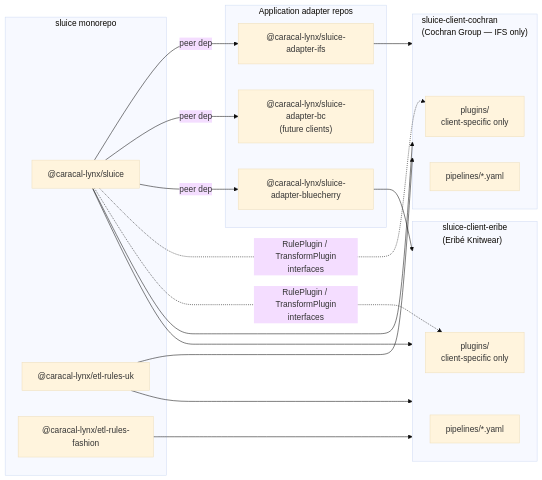
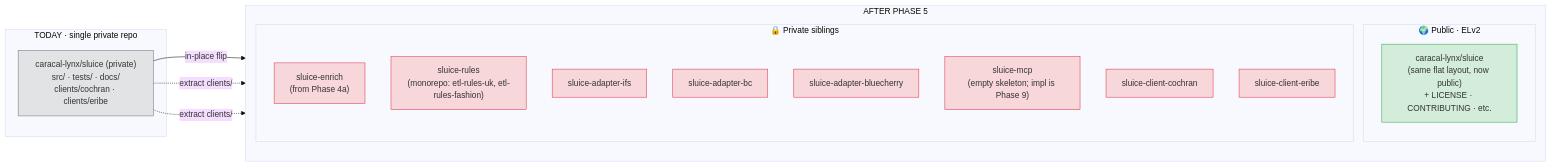
The first of 2 diagrams in docs/PHASE-05-DEVELOPMENT-WORKFLOW.md (caracal-lynx/sluice), drawn with Mermaid (base theme) before and after one commit. The commit also changed other lines of this file and 23 other files, not shown here.

Commit message:
[master] - 📝 Update company name from "Caracal Lynx Limited" to "Caracal Lynx Ltd." across multiple documentation files for consistency. 📄✨

````diff
--- a/docs/PHASE-05-DEVELOPMENT-WORKFLOW.md
+++ b/docs/PHASE-05-DEVELOPMENT-WORKFLOW.md
@@ -479,40 +62,38 @@
 ```mermaid
 graph LR
-    subgraph MONO["sluice monorepo"]
-        SLUICE["@caracal-lynx/sluice"]
-        UK["@caracal-lynx/etl-rules-uk"]
-        FASHION["@caracal-lynx/etl-rules-fashion"]
+    subgraph BEFORE["TODAY · single private repo"]
+        SLUICE_OLD["caracal-lynx/sluice (private)<br/>src/ · tests/ · docs/<br/>clients/cochran · clients/eribe"]
     end
 
-    subgraph APP["Application adapter repos"]
-        IFS["@caracal-lynx/sluice-adapter-ifs"]
-        BC["@caracal-lynx/sluice-adapter-bc\n(future clients)"]
-        BLUE["@caracal-lynx/sluice-adapter-bluecherry"]
+    subgraph AFTER["AFTER PHASE 5"]
+        direction TB
+        subgraph PUB["🌍 Public · ELv2"]
+            SLUICE_NEW["caracal-lynx/sluice<br/>(same flat layout, now public)<br/>+ LICENSE · CONTRIBUTING · etc."]
+        end
+        subgraph PRIV["🔒 Private siblings"]
+            ENRICH["sluice-enrich<br/>(from Phase 4a)"]
+            RULES["sluice-rules<br/>(monorepo: etl-rules-uk, etl-rules-fashion)"]
+            IFS["sluice-adapter-ifs"]
+            BC["sluice-adapter-bc"]
+            BLUE["sluice-adapter-bluecherry"]
+            MCP["sluice-mcp<br/>(empty skeleton; impl is Phase 9)"]
+            COCHRAN["sluice-client-cochran"]
+            ERIBE["sluice-client-eribe"]
+        end
     end
 
-    subgraph COCHRAN["sluice-client-cochran\n(Cochran Group — IFS only)"]
-        C_PLUGINS["plugins/\nclient-specific only"]
-        C_YAML["pipelines/*.yaml"]
-    end
+    SLUICE_OLD -->|in-place flip| SLUICE_NEW
+    SLUICE_OLD -.->|extract clients/| COCHRAN
+    SLUICE_OLD -.->|extract clients/| ERIBE
 
-    subgraph ERIBE["sluice-client-eribe\n(Eribé Knitwear)"]
-        E_PLUGINS["plugins/\nclient-specific only"]
-        E_YAML["pipelines/*.yaml"]
-    end
-
-    SLUICE -->|peer dep| IFS
-    SLUICE -->|peer dep| BC
-    SLUICE -->|peer dep| BLUE
-
-    SLUICE --> COCHRAN
-    UK     --> COCHRAN
-    IFS    --> COCHRAN
-
-    SLUICE  --> ERIBE
-    UK      --> ERIBE
-    FASHION --> ERIBE
-    BLUE    --> ERIBE
-
-    SLUICE -.->|"RulePlugin / TransformPlugin\ninterfaces"| C_PLUGINS
-    SLUICE -.->|"RulePlugin / TransformPlugin\ninterfaces"| E_PLUGINS
+    style SLUICE_OLD fill:#e2e3e5,stroke:#6c757d
+    style SLUICE_NEW fill:#d4edda,stroke:#28a745
+    style ENRICH fill:#f8d7da,stroke:#dc3545
+    style RULES fill:#f8d7da,stroke:#dc3545
+    style IFS fill:#f8d7da,stroke:#dc3545
+    style BC fill:#f8d7da,stroke:#dc3545
+    style BLUE fill:#f8d7da,stroke:#dc3545
+    style MCP fill:#f8d7da,stroke:#dc3545
+    style COCHRAN fill:#f8d7da,stroke:#dc3545
+    style ERIBE fill:#f8d7da,stroke:#dc3545
 ```
````
